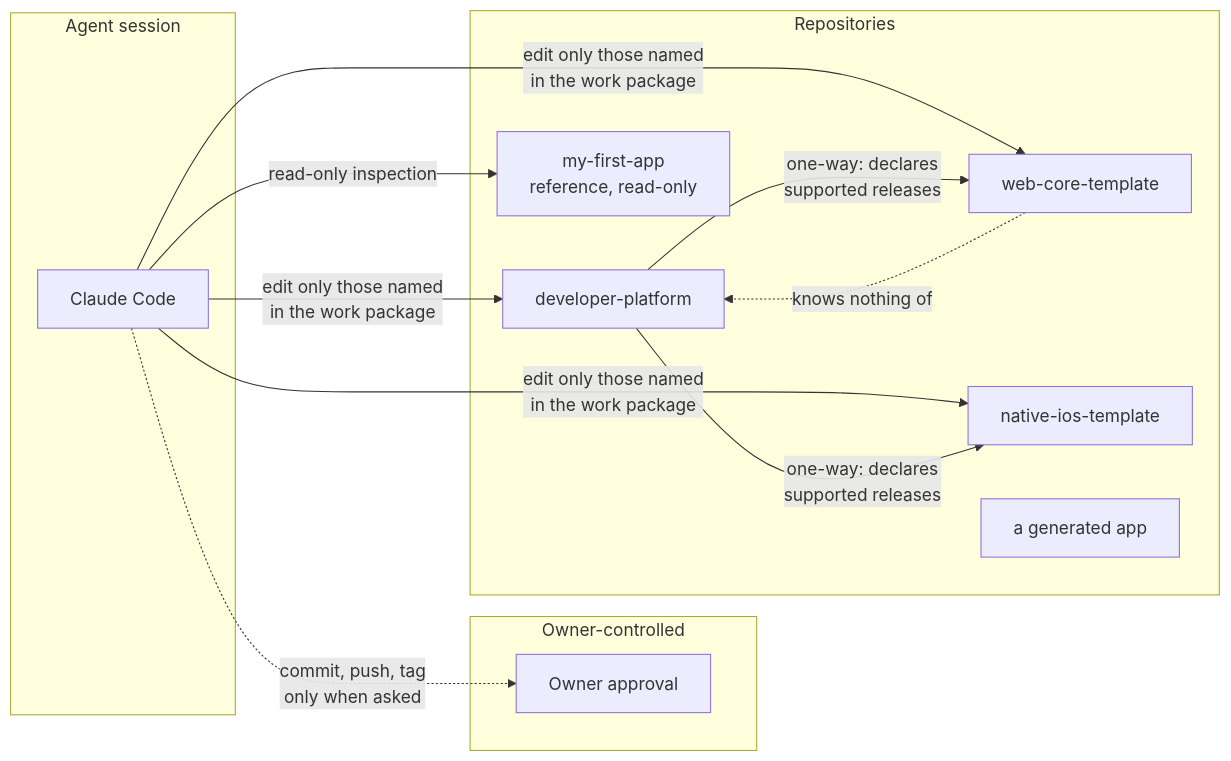
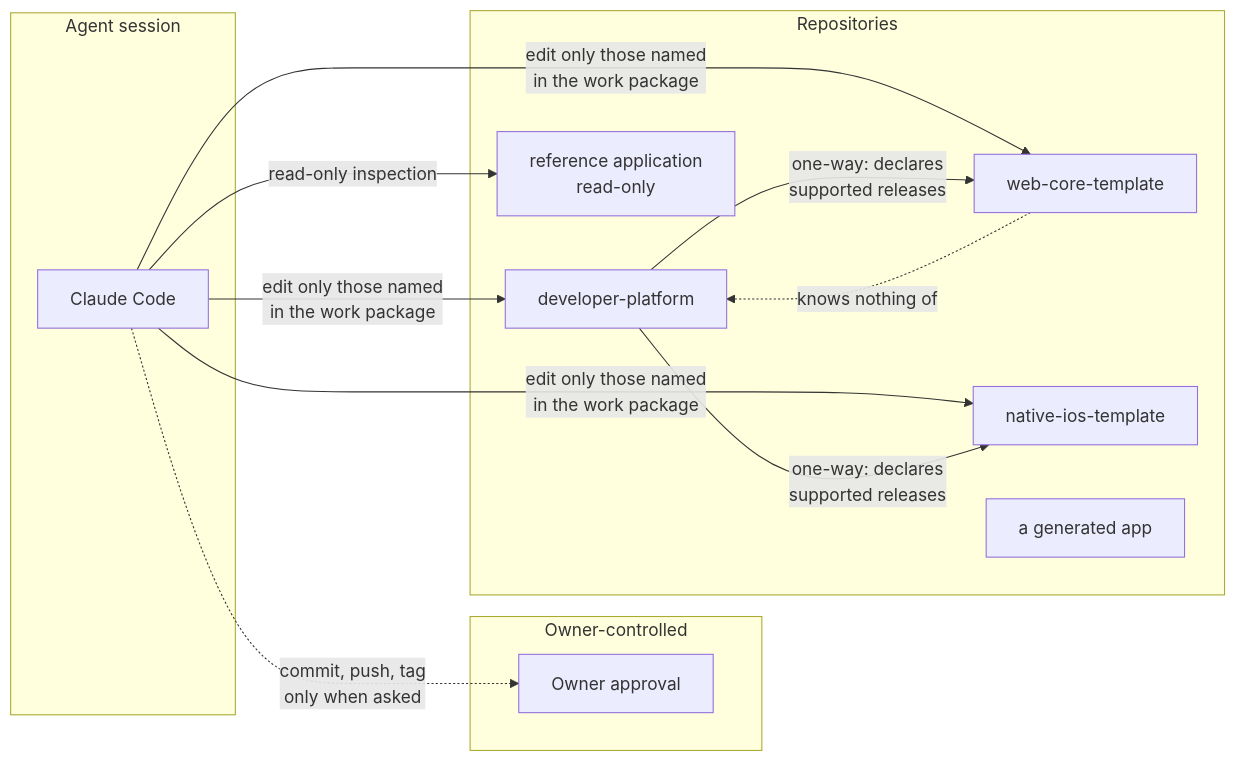
Before and after one commit to audiophreak/developer-platform-wiki: the diagram in docs/ai-workflow/instructions.md, drawn with Mermaid. The commit also changed other lines of this file and 23 other files, not shown here.

````diff
--- a/docs/ai-workflow/instructions.md
+++ b/docs/ai-workflow/instructions.md
@@ -26,21 +26,21 @@
 ```mermaid
 flowchart LR
   subgraph trusted [Owner-controlled]
     owner[Owner approval]
   end
   subgraph agent [Agent session]
     a[Claude Code]
   end
   subgraph repos [Repositories]
     dp[developer-platform]
     wt[web-core-template]
     nt[native-ios-template]
     app[a generated app]
-    ref[my-first-app<br/>reference, read-only]
+    ref[reference application<br/>read-only]
   end
   a -->|edit only those named<br/>in the work package| dp & wt & nt
   a -->|read-only inspection| ref
   a -.->|commit, push, tag<br/>only when asked| owner
   dp -->|one-way: declares<br/>supported releases| wt & nt
   wt -. knows nothing of .-> dp
 ```
````
